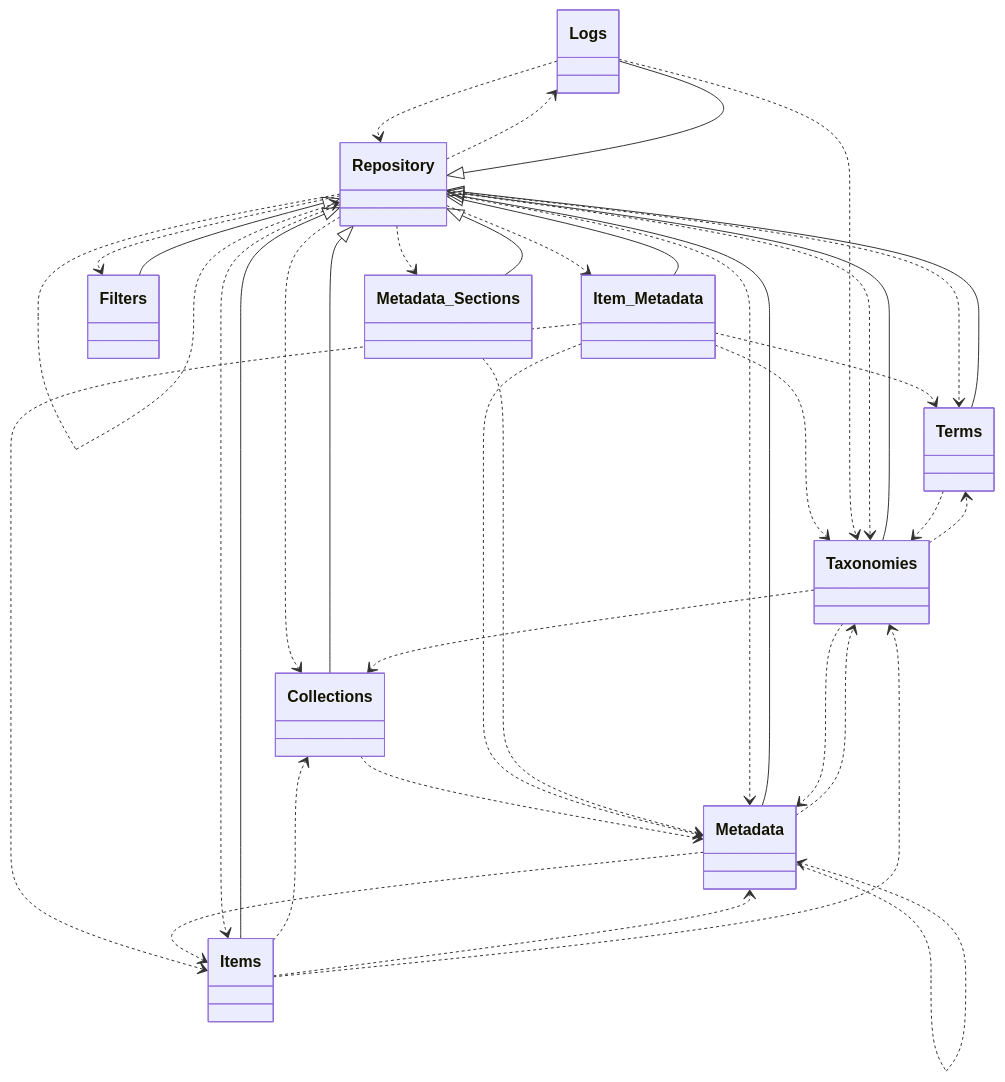
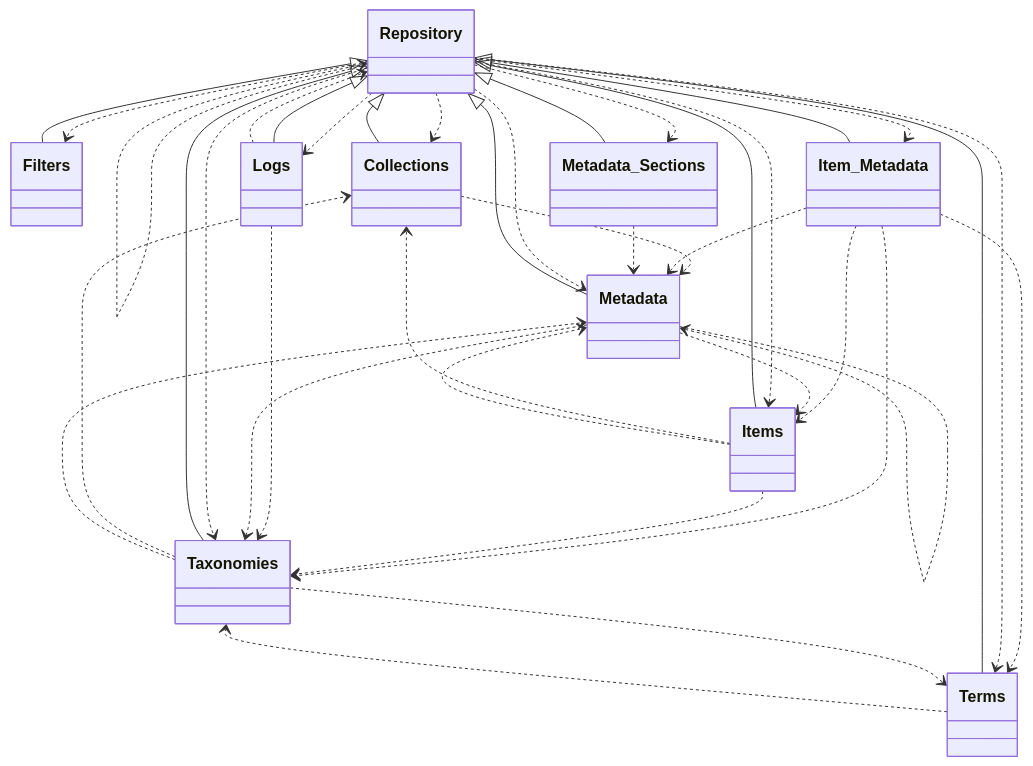
One commit to tainacan/tainacan changed diagram 12 of 13 in docs/phpdoc/Home.md. Above: the diagram before and after it, drawn with Mermaid. The commit also changed other lines of this file and 84 other files, not shown here.

````diff
--- a/docs/phpdoc/Home.md
+++ b/docs/phpdoc/Home.md
@@ -688,52 +688,52 @@
 ```mermaid
 classDiagram
     direction TB
+    class Repository { }
+    class Filters { }
     class Terms { }
     class Logs { }
-    class Repository { }
+    class Logs { }
+    class Metadata_Sections { }
     class Item_Metadata { }
+    class Items { }
     class Taxonomies { }
-    class Items { }
-    class Logs { }
+    class Collections { }
     class Metadata { }
-    class Collections { }
-    class Filters { }
-    class Metadata_Sections { }
     Collections ..> Metadata
     Item_Metadata ..> Items
     Item_Metadata ..> Metadata
     Item_Metadata ..> Taxonomies
     Item_Metadata ..> Terms
     Items ..> Collections
     Items ..> Metadata
     Items ..> Taxonomies
     Logs ..> Repository
     Logs ..> Taxonomies
     Metadata ..> Items
     Metadata ..> Metadata
     Metadata ..> Taxonomies
     Metadata_Sections ..> Metadata
     Repository ..> Collections
     Repository ..> Filters
     Repository ..> Item_Metadata
     Repository ..> Items
     Repository ..> Logs
     Repository ..> Metadata
     Repository ..> Metadata_Sections
     Repository ..> Repository
     Repository ..> Taxonomies
     Repository ..> Terms
     Repository <|-- Collections
     Repository <|-- Filters
     Repository <|-- Item_Metadata
     Repository <|-- Items
     Repository <|-- Logs
     Repository <|-- Metadata
     Repository <|-- Metadata_Sections
     Repository <|-- Taxonomies
     Repository <|-- Terms
     Taxonomies ..> Collections
     Taxonomies ..> Metadata
     Taxonomies ..> Terms
     Terms ..> Taxonomies
 ```
````
